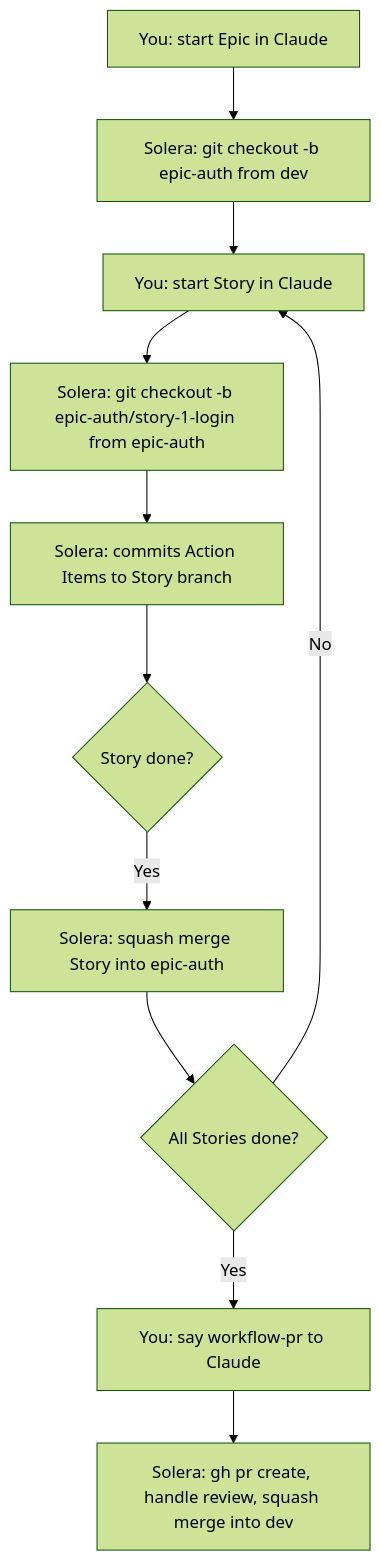
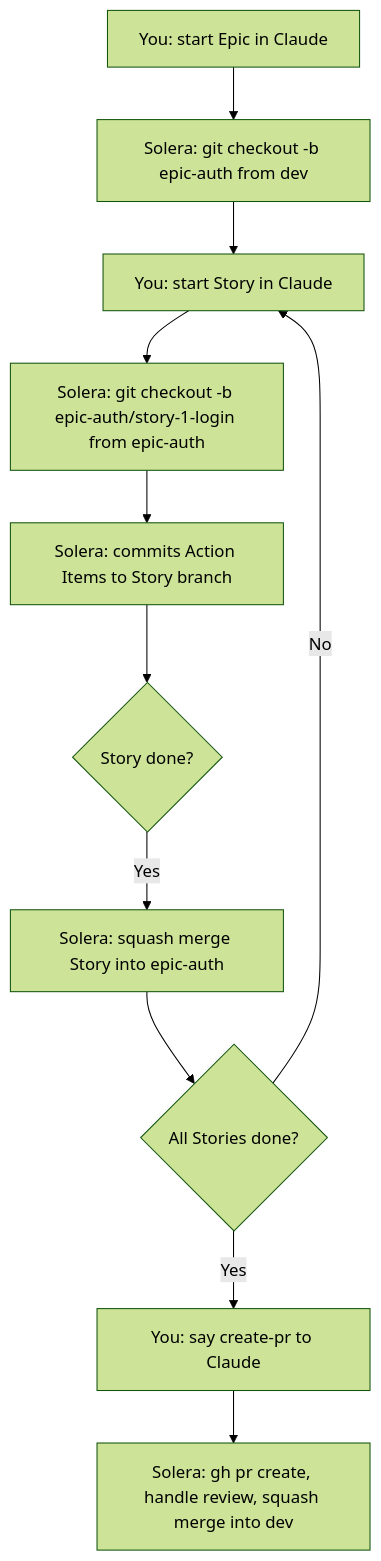
One commit to noory-code/noory-ai changed the diagram in solera/docs/team-workflow.md. Above: the diagram before and after it, drawn with Mermaid (forest theme). The commit also changed other lines of this file and 34 other files, not shown here.

````diff
--- a/solera/docs/team-workflow.md
+++ b/solera/docs/team-workflow.md
@@ -35,13 +35,13 @@
 ```mermaid
 flowchart TD
     A[You: start Epic in Claude] --> B[Solera: git checkout -b epic-auth from dev]
     B --> C[You: start Story in Claude]
     C --> D[Solera: git checkout -b epic-auth/story-1-login from epic-auth]
     D --> E[Solera: commits Action Items to Story branch]
     E --> F{Story done?}
     F -->|Yes| G[Solera: squash merge Story into epic-auth]
     G --> H{All Stories done?}
     H -->|No| C
-    H -->|Yes| I[You: say workflow-pr to Claude]
+    H -->|Yes| I[You: say create-pr to Claude]
     I --> J[Solera: gh pr create, handle review, squash merge into dev]
 ```
````
